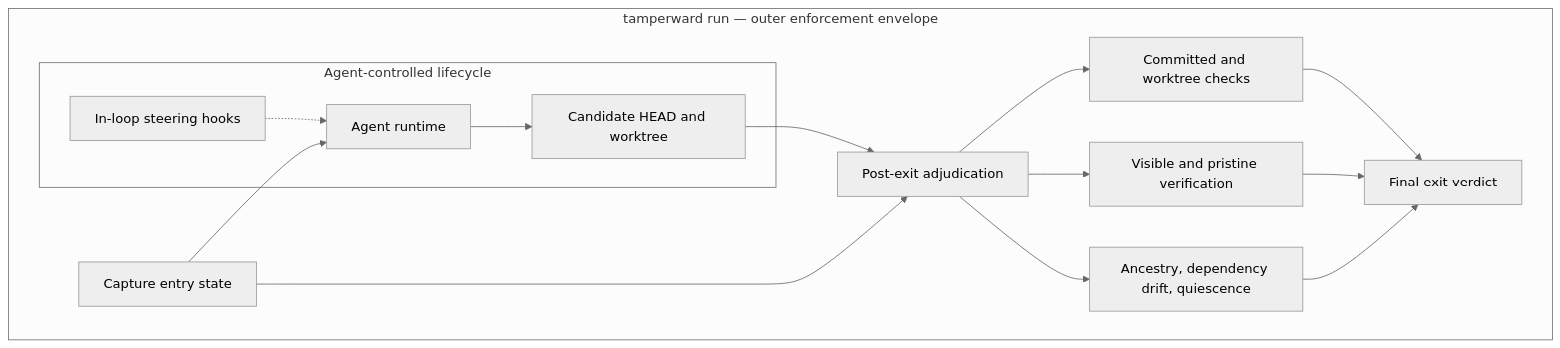
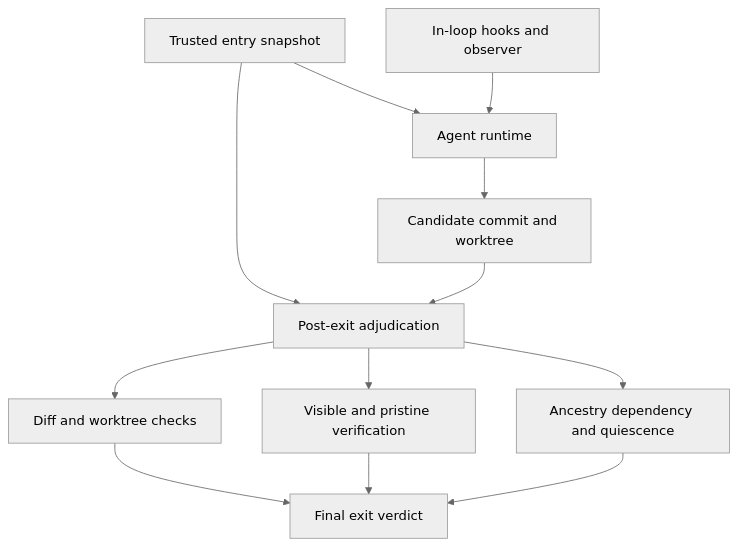
The diagram in README.md (hexrift/tamperward), drawn with Mermaid (neutral theme) before and after one commit. The commit also changed other lines of this file, not shown here.

Commit message:
docs: make architecture diagrams broadly compatible

````diff
--- a/README.md
+++ b/README.md
@@ -112,27 +115,24 @@
 ```mermaid
-flowchart TB
-    subgraph R["tamperward run — outer enforcement envelope"]
-        E["Capture entry state"]
-        subgraph U["Agent-controlled lifecycle"]
-            H["In-loop steering hooks"]
-            A["Agent runtime"]
-            W["Candidate HEAD and worktree"]
-            H -.-> A
-            A --> W
-        end
-        J["Post-exit adjudication"]
-        C["Committed and worktree checks"]
-        V["Visible and pristine verification"]
-        Q["Ancestry, dependency drift, quiescence"]
-        X["Final exit verdict"]
-        E --> A
-        E --> J
-        W --> J
-        J --> C
-        J --> V
-        J --> Q
-        C --> X
-        V --> X
-        Q --> X
-    end
+graph TD
+    entry["Trusted entry snapshot"]
+    hooks["In-loop hooks and observer"]
+    agent["Agent runtime"]
+    tree["Candidate commit and worktree"]
+    adjudicate["Post-exit adjudication"]
+    checks["Diff and worktree checks"]
+    verify["Visible and pristine verification"]
+    integrity["Ancestry dependency and quiescence"]
+    verdict["Final exit verdict"]
+
+    entry --> agent
+    hooks --> agent
+    agent --> tree
+    entry --> adjudicate
+    tree --> adjudicate
+    adjudicate --> checks
+    adjudicate --> verify
+    adjudicate --> integrity
+    checks --> verdict
+    verify --> verdict
+    integrity --> verdict
 ```
````
